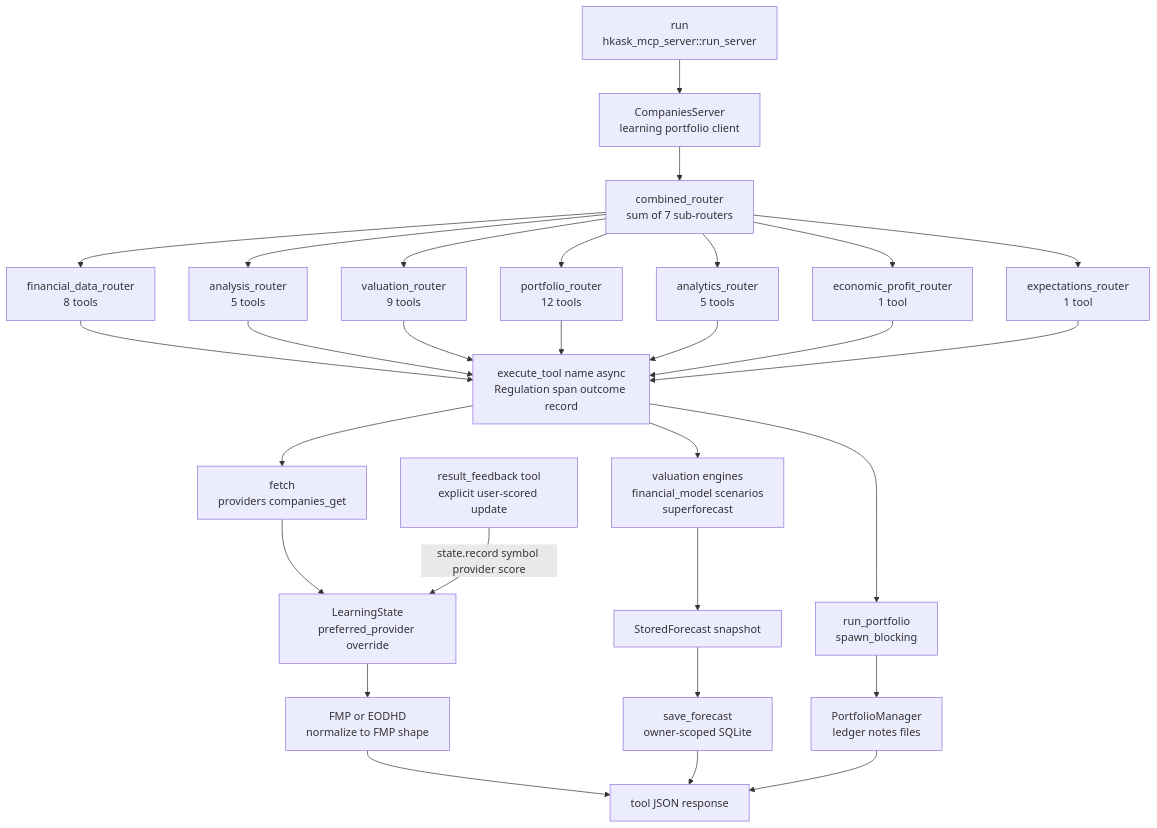
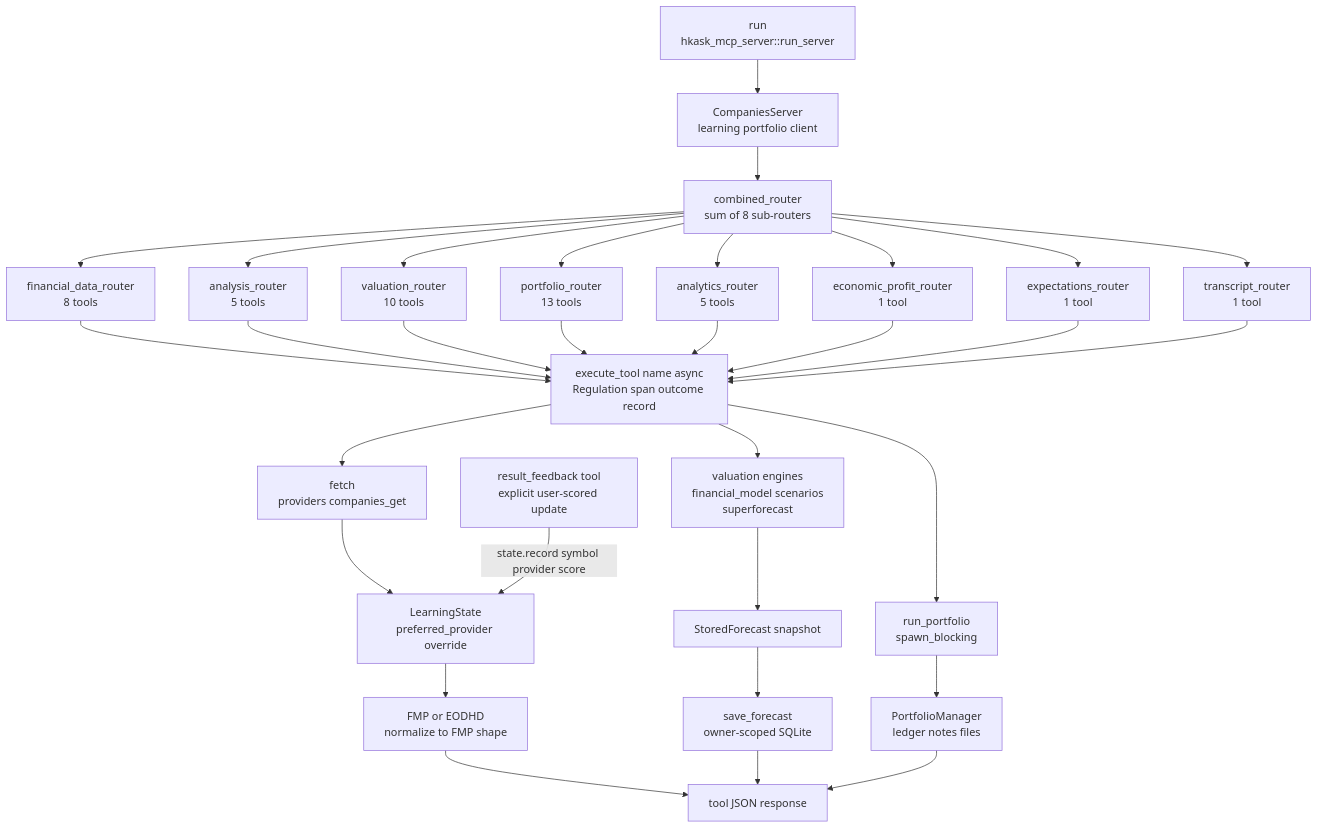
Before and after one commit to mdz-axo/zed-kask: the diagram in kask/docs/reference/mcp-servers/companies.md, drawn with Mermaid. The commit also changed other lines of this file and 39 other files, not shown here.

````diff
--- a/kask/docs/reference/mcp-servers/companies.md
+++ b/kask/docs/reference/mcp-servers/companies.md
@@ -34,33 +34,35 @@
 ```mermaid
 flowchart TD
     Boot["run<br/>hkask_mcp_server::run_server"]
     Boot --> Srv["CompaniesServer<br/>learning portfolio client"]
-    Srv --> Comb["combined_router<br/>sum of 7 sub-routers"]
+    Srv --> Comb["combined_router<br/>sum of 8 sub-routers"]
     Comb --> R1["financial_data_router<br/>8 tools"]
     Comb --> R2["analysis_router<br/>5 tools"]
-    Comb --> R3["valuation_router<br/>9 tools"]
-    Comb --> R4["portfolio_router<br/>12 tools"]
+    Comb --> R3["valuation_router<br/>10 tools"]
+    Comb --> R4["portfolio_router<br/>13 tools"]
     Comb --> R5["analytics_router<br/>5 tools"]
     Comb --> R6["economic_profit_router<br/>1 tool"]
     Comb --> R7["expectations_router<br/>1 tool"]
+    Comb --> R8["transcript_router<br/>1 tool"]
     R1 --> Seam["execute_tool name async<br/>Regulation span outcome record"]
     R2 --> Seam
     R3 --> Seam
     R4 --> Seam
     R5 --> Seam
     R6 --> Seam
     R7 --> Seam
+    R8 --> Seam
     Seam --> SinkA["fetch<br/>providers companies_get"]
     Seam --> SinkB["valuation engines<br/>financial_model scenarios<br/>superforecast"]
     Seam --> SinkC["run_portfolio<br/>spawn_blocking"]
     SinkA --> Learn["LearningState<br/>preferred_provider override"]
     Learn --> FmpEod["FMP or EODHD<br/>normalize to FMP shape"]
     FmpEod --> Out["tool JSON response"]
     SinkB --> Stored["StoredForecast snapshot"]
     Stored --> Persist["save_forecast<br/>owner-scoped SQLite"]
     SinkC --> Ledger["PortfolioManager<br/>ledger notes files"]
     Persist --> Out
     Feedback["result_feedback tool<br/>explicit user-scored update"]
     Feedback -->|"state.record symbol provider score"| Learn
     Ledger --> Out
 ```
````
